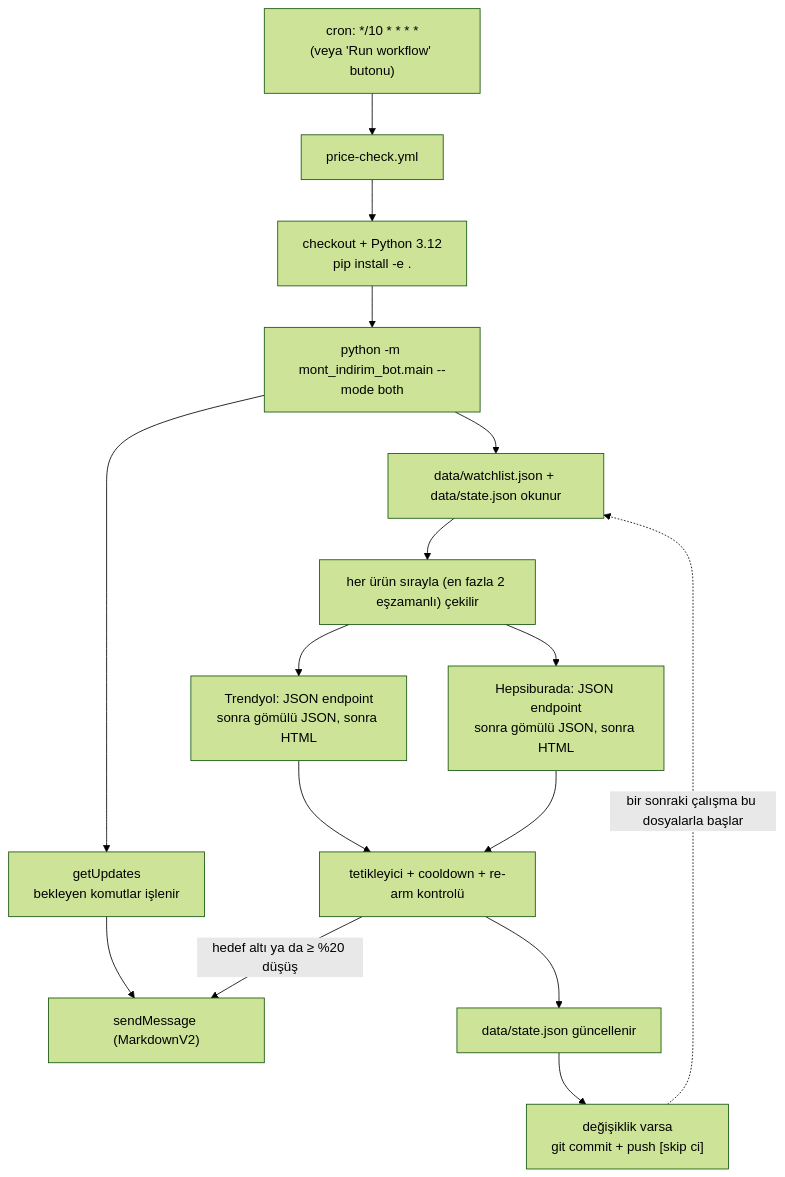
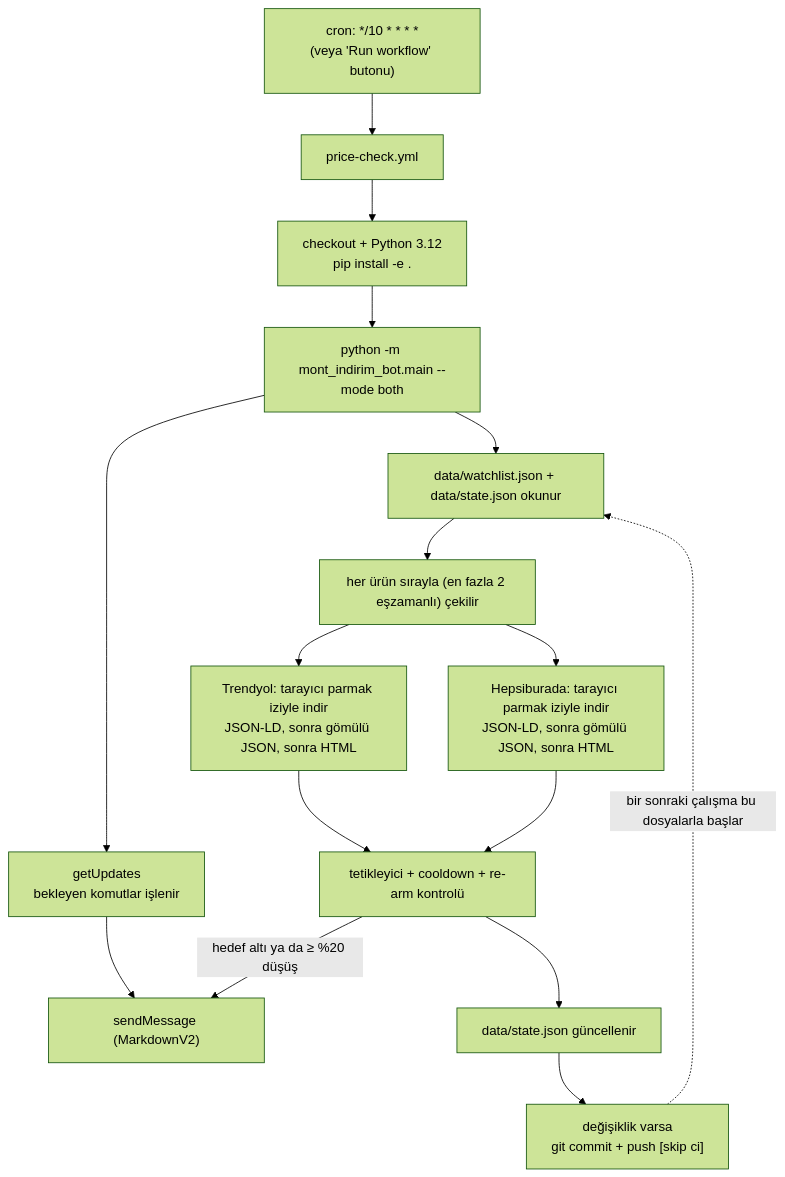
One commit to omercankaplan-bit/trendyol changed the diagram in README.md. Above: the diagram before and after it, drawn with Mermaid (forest theme). The commit also changed other lines of this file and 8 other files, not shown here.

````diff
--- a/README.md
+++ b/README.md
@@ -32,19 +32,19 @@
 ```mermaid
 flowchart TD
     CRON["cron: */10 * * * *<br/>(veya 'Run workflow' butonu)"] --> WF["price-check.yml"]
     WF --> CO["checkout + Python 3.12<br/>pip install -e ."]
     CO --> RUN["python -m mont_indirim_bot.main --mode both"]
 
     RUN --> CMD["getUpdates<br/>bekleyen komutlar işlenir"]
     RUN --> LOAD["data/watchlist.json + data/state.json okunur"]
     LOAD --> SCAN["her ürün sırayla (en fazla 2 eşzamanlı) çekilir"]
-    SCAN --> HA["Trendyol: JSON endpoint<br/>sonra gömülü JSON, sonra HTML"]
-    SCAN --> HB["Hepsiburada: JSON endpoint<br/>sonra gömülü JSON, sonra HTML"]
+    SCAN --> HA["Trendyol: tarayıcı parmak iziyle indir<br/>JSON-LD, sonra gömülü JSON, sonra HTML"]
+    SCAN --> HB["Hepsiburada: tarayıcı parmak iziyle indir<br/>JSON-LD, sonra gömülü JSON, sonra HTML"]
     HA --> EVAL["tetikleyici + cooldown + re-arm kontrolü"]
     HB --> EVAL
     EVAL -->|"hedef altı ya da ≥ %20 düşüş"| MSG["sendMessage (MarkdownV2)"]
     EVAL --> STATE["data/state.json güncellenir"]
     CMD --> MSG
     STATE --> COMMIT["değişiklik varsa<br/>git commit + push [skip ci]"]
     COMMIT -.->|"bir sonraki çalışma bu dosyalarla başlar"| LOAD
 ```
````
